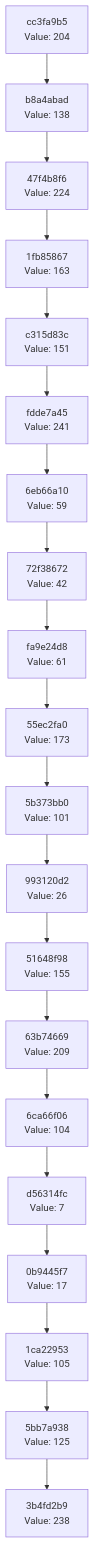
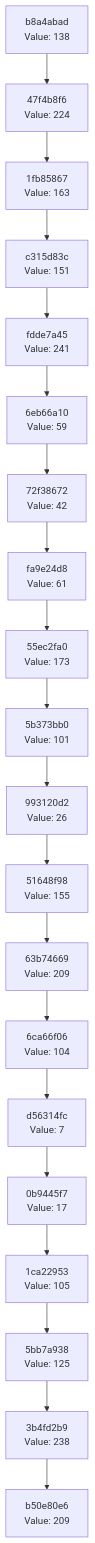
Before and after one commit to Abhisheksinha1506/hash-chain-evolver: the diagram in docs/CHAIN_VISUALIZATION.md, drawn with Mermaid. The commit also changed 2 other files, not shown here.

Commit message:
Evolution Step

````diff
--- a/docs/CHAIN_VISUALIZATION.md
+++ b/docs/CHAIN_VISUALIZATION.md
@@ -3,42 +3,42 @@
 ```mermaid
 graph TD
-    C0["3b4fd2b9<br/>Value: 238"]
-    C1["5bb7a938<br/>Value: 125"]
+    C0["b50e80e6<br/>Value: 209"]
+    C1["3b4fd2b9<br/>Value: 238"]
     C1 --> C0
-    C2["1ca22953<br/>Value: 105"]
+    C2["5bb7a938<br/>Value: 125"]
     C2 --> C1
-    C3["0b9445f7<br/>Value: 17"]
+    C3["1ca22953<br/>Value: 105"]
     C3 --> C2
-    C4["d56314fc<br/>Value: 7"]
+    C4["0b9445f7<br/>Value: 17"]
     C4 --> C3
-    C5["6ca66f06<br/>Value: 104"]
+    C5["d56314fc<br/>Value: 7"]
     C5 --> C4
-    C6["63b74669<br/>Value: 209"]
+    C6["6ca66f06<br/>Value: 104"]
     C6 --> C5
-    C7["51648f98<br/>Value: 155"]
+    C7["63b74669<br/>Value: 209"]
     C7 --> C6
-    C8["993120d2<br/>Value: 26"]
+    C8["51648f98<br/>Value: 155"]
     C8 --> C7
-    C9["5b373bb0<br/>Value: 101"]
+    C9["993120d2<br/>Value: 26"]
     C9 --> C8
-    C10["55ec2fa0<br/>Value: 173"]
+    C10["5b373bb0<br/>Value: 101"]
     C10 --> C9
-    C11["fa9e24d8<br/>Value: 61"]
+    C11["55ec2fa0<br/>Value: 173"]
     C11 --> C10
-    C12["72f38672<br/>Value: 42"]
+    C12["fa9e24d8<br/>Value: 61"]
     C12 --> C11
-    C13["6eb66a10<br/>Value: 59"]
+    C13["72f38672<br/>Value: 42"]
     C13 --> C12
-    C14["fdde7a45<br/>Value: 241"]
+    C14["6eb66a10<br/>Value: 59"]
     C14 --> C13
-    C15["c315d83c<br/>Value: 151"]
+    C15["fdde7a45<br/>Value: 241"]
     C15 --> C14
-    C16["1fb85867<br/>Value: 163"]
+    C16["c315d83c<br/>Value: 151"]
     C16 --> C15
-    C17["47f4b8f6<br/>Value: 224"]
+    C17["1fb85867<br/>Value: 163"]
     C17 --> C16
-    C18["b8a4abad<br/>Value: 138"]
+    C18["47f4b8f6<br/>Value: 224"]
     C18 --> C17
-    C19["cc3fa9b5<br/>Value: 204"]
+    C19["b8a4abad<br/>Value: 138"]
     C19 --> C18
 ```
````
